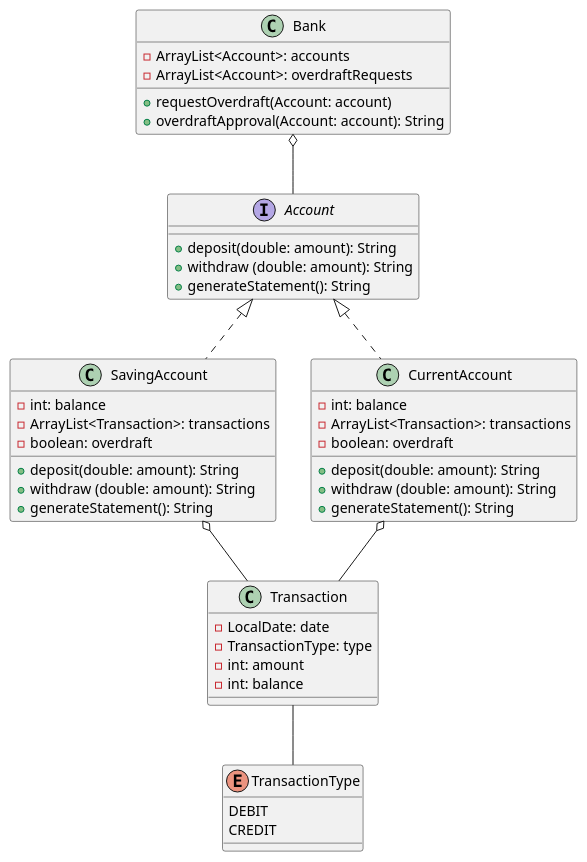
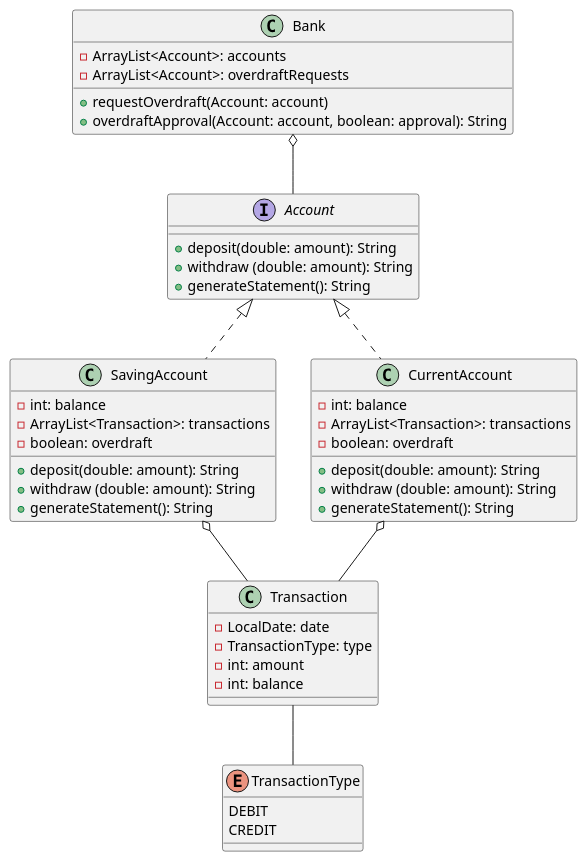
Before and after one commit to boolean-uk/java-tdd-oop-bank-challenge: the diagram in CLASS-DIAGRAM.puml, drawn with PlantUML. The commit also changed 1 other file, not shown here.

Commit message:
made some recaftoring to testOverdraftApproval

```diff
--- a/CLASS-DIAGRAM.puml
+++ b/CLASS-DIAGRAM.puml
@@ -1,70 +1,70 @@
 @startuml
 'https://plantuml.com/class-diagram
 '
 'abstract class AbstractList
 'abstract AbstractCollection
 'interface List
 'interface Collection
 '
 'List <|-- AbstractList
 'Collection <|-- AbstractCollection
 '
 'Collection <|- List
 'AbstractCollection <|- AbstractList
 'AbstractList <|-- ArrayList
 '
 'class ArrayList {
 'Object[] elementData
 'size()
 '}
 '
 'enum TimeUnit {
 'DAYS
 'HOURS
 'MINUTES
 '}
 Account <|..SavingAccount
 Account <|..CurrentAccount
 Transaction -- TransactionType
 Bank o-- Account
 SavingAccount o-- Transaction
 CurrentAccount o-- Transaction
 
 interface Account{
 + deposit(double: amount): String
 + withdraw (double: amount): String
 + generateStatement(): String
 }
 class SavingAccount{
 - int: balance
 - ArrayList<Transaction>: transactions
 - boolean: overdraft
 + deposit(double: amount): String
 + withdraw (double: amount): String
 + generateStatement(): String
 }
 class CurrentAccount{
 - int: balance
 - ArrayList<Transaction>: transactions
 - boolean: overdraft
 + deposit(double: amount): String
 + withdraw (double: amount): String
 + generateStatement(): String
 }
 class Bank {
 - ArrayList<Account>: accounts
 - ArrayList<Account>: overdraftRequests
 + requestOverdraft(Account: account)
-+ overdraftApproval(Account: account): String
++ overdraftApproval(Account: account, boolean: approval): String
 }
 class Transaction{
 - LocalDate: date
 - TransactionType: type
 - int: amount
 - int: balance
 }
 enum TransactionType{
 DEBIT
 CREDIT
 }
 @enduml
```
